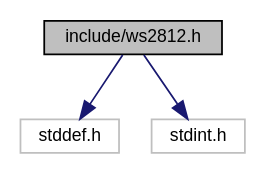
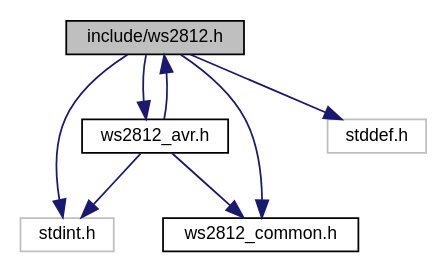
The diagram in docs/ws2812_8h__incl.dot (CTXz/TinyWS2812), drawn with Graphviz before and after one commit. The commit also changed 97 other files, not shown here.

```diff
--- a/docs/ws2812_8h__incl.dot
+++ b/docs/ws2812_8h__incl.dot
@@ -1,11 +1,18 @@
 digraph "include/ws2812.h"
 {
  // LATEX_PDF_SIZE
   edge [fontname="Helvetica",fontsize="10",labelfontname="Helvetica",labelfontsize="10"];
   node [fontname="Helvetica",fontsize="10",shape=record];
   Node1 [label="include/ws2812.h",height=0.2,width=0.4,color="black", fillcolor="grey75", style="filled", fontcolor="black",tooltip="Exposes the Tiny-WS2812 driver interface."];
   Node1 -> Node2 [color="midnightblue",fontsize="10",style="solid",fontname="Helvetica"];
-  Node2 [label="stddef.h",height=0.2,width=0.4,color="grey75", fillcolor="white", style="filled",tooltip=" "];
+  Node2 [label="ws2812_avr.h",height=0.2,width=0.4,color="black", fillcolor="white", style="filled",URL="$ws2812__avr_8h.html",tooltip="Provides AVR platform specific definitions."];
+  Node2 -> Node3 [color="midnightblue",fontsize="10",style="solid",fontname="Helvetica"];
+  Node3 [label="stdint.h",height=0.2,width=0.4,color="grey75", fillcolor="white", style="filled",tooltip=" "];
+  Node2 -> Node4 [color="midnightblue",fontsize="10",style="solid",fontname="Helvetica"];
+  Node4 [label="ws2812_common.h",height=0.2,width=0.4,color="black", fillcolor="white", style="filled",URL="$ws2812__common_8h.html",tooltip="Definitions required by all platform specific headers."];
+  Node2 -> Node1 [color="midnightblue",fontsize="10",style="solid",fontname="Helvetica"];
+  Node1 -> Node5 [color="midnightblue",fontsize="10",style="solid",fontname="Helvetica"];
+  Node5 [label="stddef.h",height=0.2,width=0.4,color="grey75", fillcolor="white", style="filled",tooltip=" "];
   Node1 -> Node3 [color="midnightblue",fontsize="10",style="solid",fontname="Helvetica"];
-  Node3 [label="stdint.h",height=0.2,width=0.4,color="grey75", fillcolor="white", style="filled",tooltip=" "];
+  Node1 -> Node4 [color="midnightblue",fontsize="10",style="solid",fontname="Helvetica"];
 }
```
